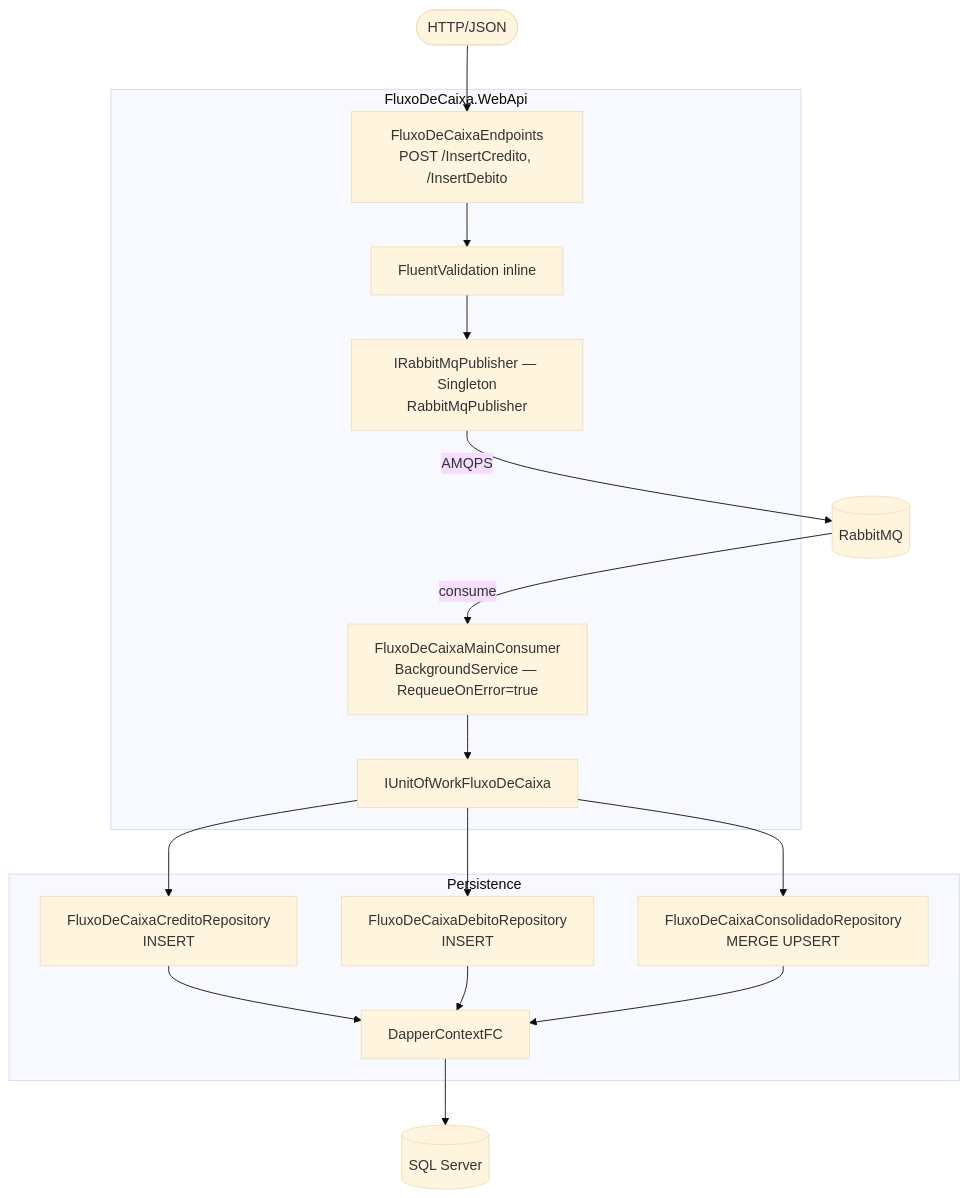
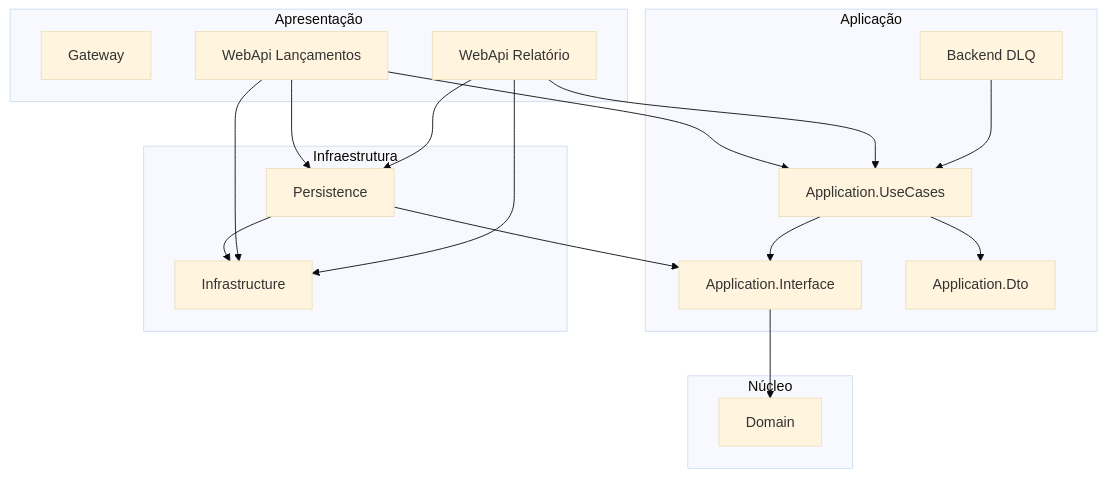
One commit to RenatoMarchisio/fluxodecaixa changed the second of 2 diagrams in readme.md. Above: the diagram before and after it, drawn with Mermaid (base theme). The commit also changed other lines of this file, not shown here.

````diff
--- a/readme.md
+++ b/readme.md
@@ -179,23 +126,31 @@
 ```mermaid
-flowchart TB
-  HTTP([HTTP/JSON]) --> EP
-  subgraph WL[FluxoDeCaixa.WebApi]
-    EP[FluxoDeCaixaEndpoints<br/>POST /InsertCredito, /InsertDebito]
-    VAL[FluentValidation inline]
-    PUB[IRabbitMqPublisher — Singleton<br/>RabbitMqPublisher]
-    CON[FluxoDeCaixaMainConsumer<br/>BackgroundService — RequeueOnError=true]
-    EP --> VAL --> PUB
-    CON --> UOW
+flowchart TD
+  subgraph Apresentação
+    GW[Gateway]
+    WL[WebApi Lançamentos]
+    WR[WebApi Relatório]
   end
-  PUB -- AMQPS --> MQ[(RabbitMQ)]
-  MQ  -- consume --> CON
-  subgraph PS[Persistence]
-    UOW[IUnitOfWorkFluxoDeCaixa]
-    RC[FluxoDeCaixaCreditoRepository<br/>INSERT]
-    RD[FluxoDeCaixaDebitoRepository<br/>INSERT]
-    RCONS[FluxoDeCaixaConsolidadoRepository<br/>MERGE UPSERT]
-    CTX[DapperContextFC]
-    UOW --> RC & RD & RCONS --> CTX
+  subgraph Aplicação
+    UC[Application.UseCases]
+    II[Application.Interface]
+    DTO[Application.Dto]
+    BDLQ[Backend DLQ]
   end
-  CTX --> DB[(SQL Server)]
+  subgraph Infraestrutura
+    PS[Persistence]
+    INF[Infrastructure]
+  end
+  subgraph Núcleo
+    DOM[Domain]
+  end
+
+  WL --> UC --> II --> DOM
+  WR --> UC
+  WL --> PS --> II
+  WR --> PS
+  UC --> DTO
+  PS --> INF
+  WL --> INF
+  WR --> INF
+  BDLQ --> UC
 ```
````
